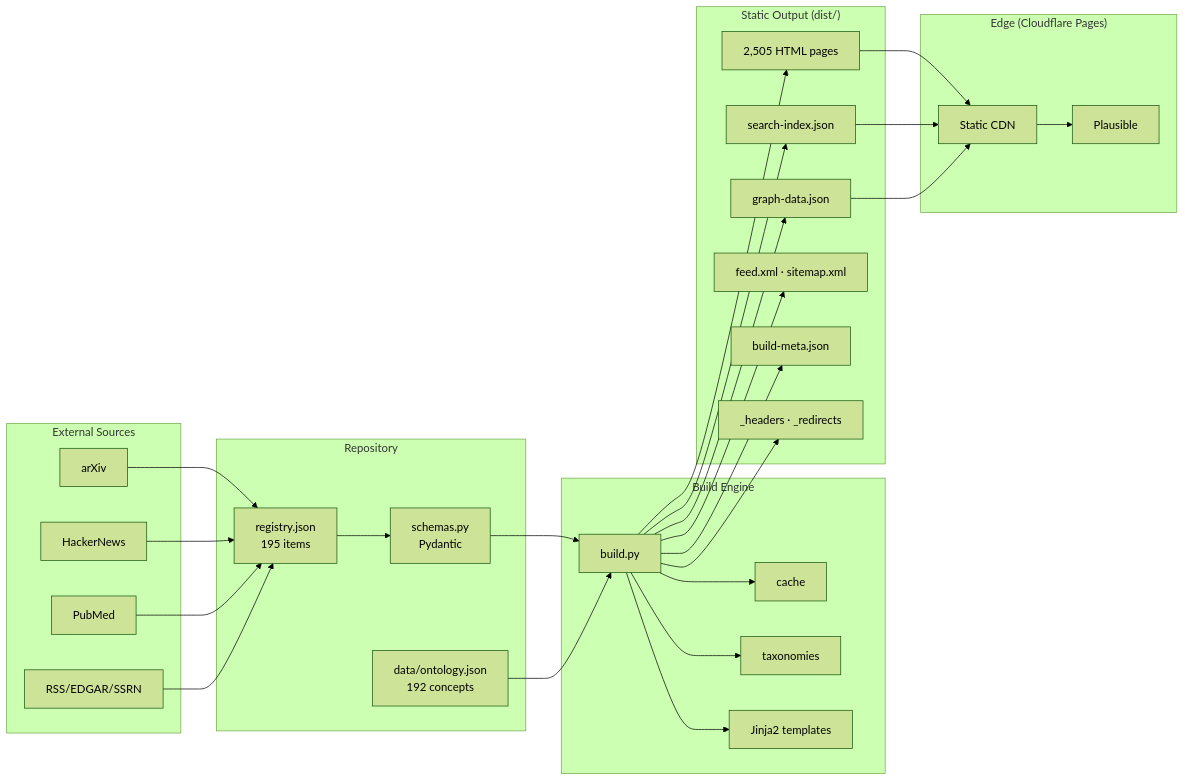
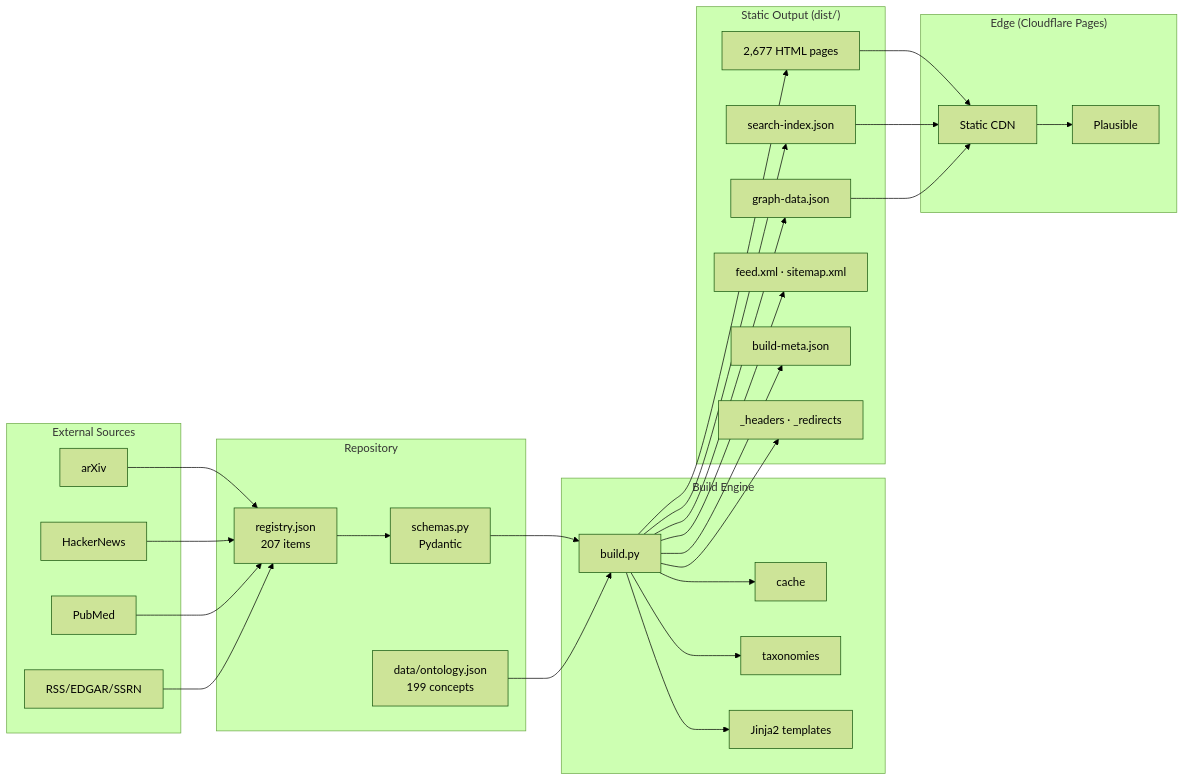
The diagram in SYSTEM_ARCHITECTURE.md (goneraleszek2-ship-it/acaciafund), drawn with Mermaid (forest theme) before and after one commit. The commit also changed other lines of this file and 17 other files, not shown here.

First line of the commit message:
docs: sync metrics (2677 pages, 199 concepts, 1036 tests); assets: prune stale hashed bundles

````diff
--- a/SYSTEM_ARCHITECTURE.md
+++ b/SYSTEM_ARCHITECTURE.md
@@ -60,57 +60,57 @@
 ```mermaid
 flowchart LR
     subgraph Sources["External Sources"]
         ARX[arXiv]
         HN[HackerNews]
         PM[PubMed]
         RSS[RSS/EDGAR/SSRN]
     end
 
     subgraph Repo["Repository"]
-        REG[registry.json<br/>195 items]
+        REG[registry.json<br/>207 items]
         SCHEMA[schemas.py<br/>Pydantic]
-        ONT[data/ontology.json<br/>192 concepts]
+        ONT[data/ontology.json<br/>199 concepts]
     end
 
     subgraph Build["Build Engine"]
         BP[build.py]
         BC[cache]
         BT[taxonomies]
         TEMPLATES[Jinja2 templates]
     end
 
     subgraph Out["Static Output (dist/)"]
-        HTML[2,505 HTML pages]
+        HTML[2,677 HTML pages]
         IDX[search-index.json]
         GRAPH[graph-data.json]
         FEED[feed.xml · sitemap.xml]
         META[build-meta.json]
         SEC[_headers · _redirects]
     end
 
     subgraph Edge["Edge (Cloudflare Pages)"]
         CDN[Static CDN]
         PL[Plausible]
     end
 
     ARX --> REG
     HN --> REG
     PM --> REG
     RSS --> REG
     REG --> SCHEMA
     SCHEMA --> BP
     ONT --> BP
     BP --> BC
     BP --> BT
     BP --> TEMPLATES
     BP --> HTML
     BP --> IDX
     BP --> GRAPH
     BP --> FEED
     BP --> META
     BP --> SEC
     HTML --> CDN
     IDX --> CDN
     GRAPH --> CDN
     CDN --> PL
 ```
````
